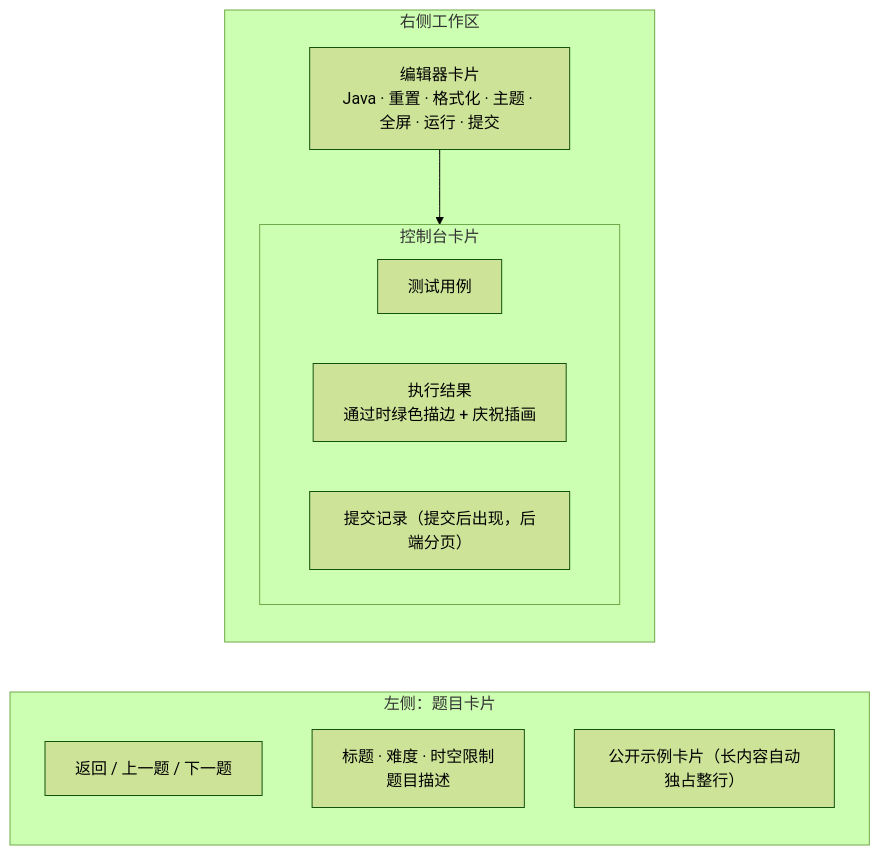
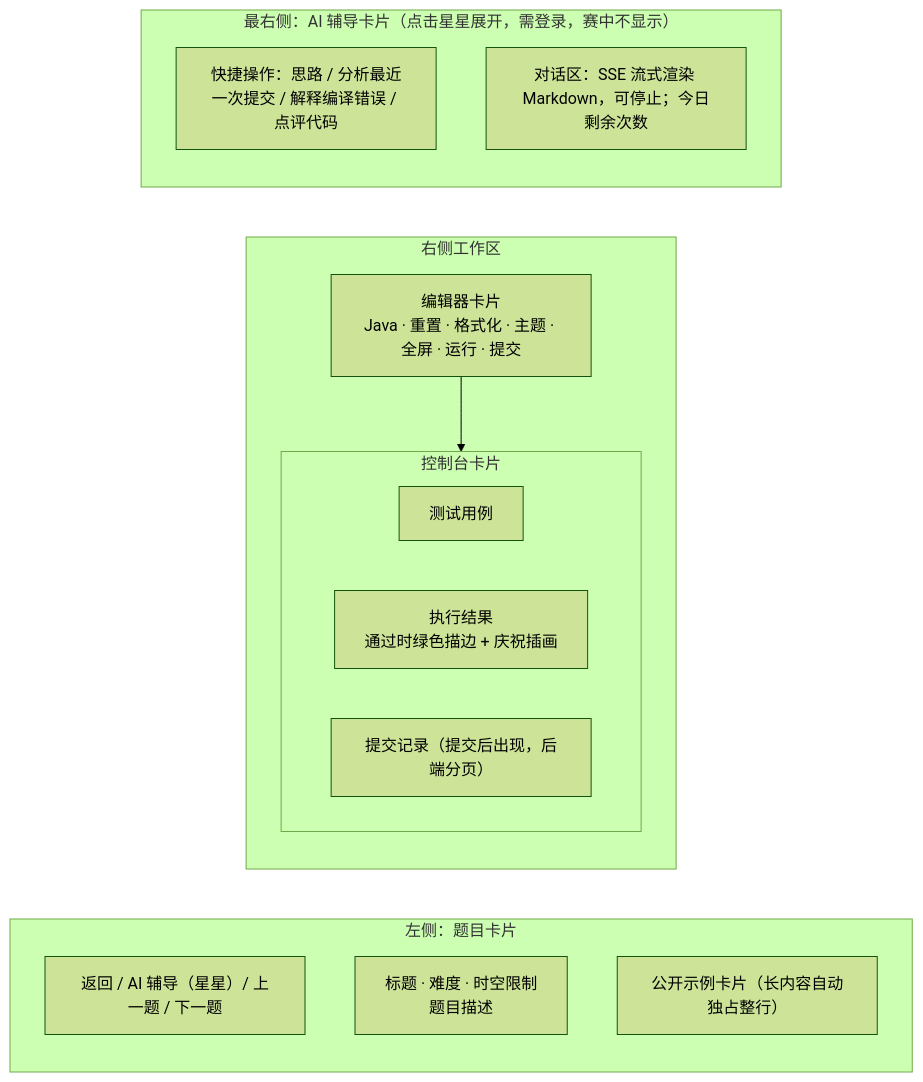
One commit to pluchon/online_oj_vue changed the eighth of 13 diagrams in README.md. Above: the diagram before and after it, drawn with Mermaid (forest theme). The commit also changed other lines of this file, not shown here.

Commit message:
docs: README 补充 AI 做题辅导

````diff
--- a/README.md
+++ b/README.md
@@ -205,17 +205,21 @@
 ```mermaid
 flowchart LR
     subgraph Left["左侧：题目卡片"]
-        Nav["返回 / 上一题 / 下一题"]
+        Nav["返回 / AI 辅导（星星）/ 上一题 / 下一题"]
         Desc["标题 · 难度 · 时空限制<br/>题目描述"]
         Samples["公开示例卡片（长内容自动独占整行）"]
     end
     subgraph Right["右侧工作区"]
         Editor["编辑器卡片<br/>Java · 重置 · 格式化 · 主题 · 全屏 · 运行 · 提交"]
         subgraph Console["控制台卡片"]
             TabCase["测试用例"]
             TabResult["执行结果<br/>通过时绿色描边 + 庆祝插画"]
             TabHistory["提交记录（提交后出现，后端分页）"]
         end
     end
+    subgraph Tutor["最右侧：AI 辅导卡片（点击星星展开，需登录，赛中不显示）"]
+        Quick["快捷操作：思路 / 分析最近一次提交 / 解释编译错误 / 点评代码"]
+        Chat["对话区：SSE 流式渲染 Markdown，可停止；今日剩余次数"]
+    end
     Editor --> Console
 ```
````
